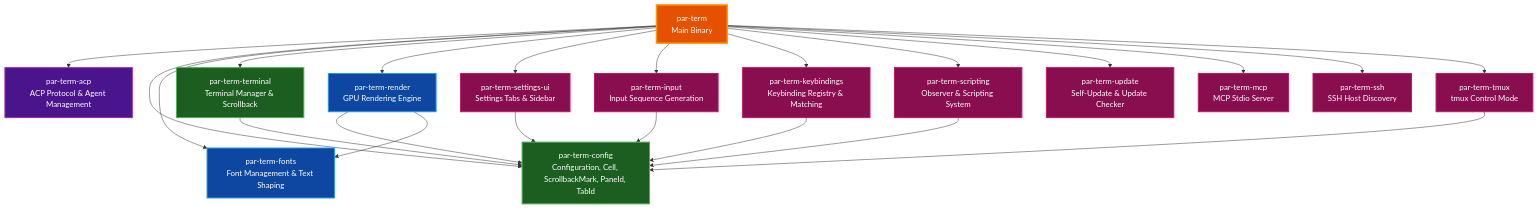
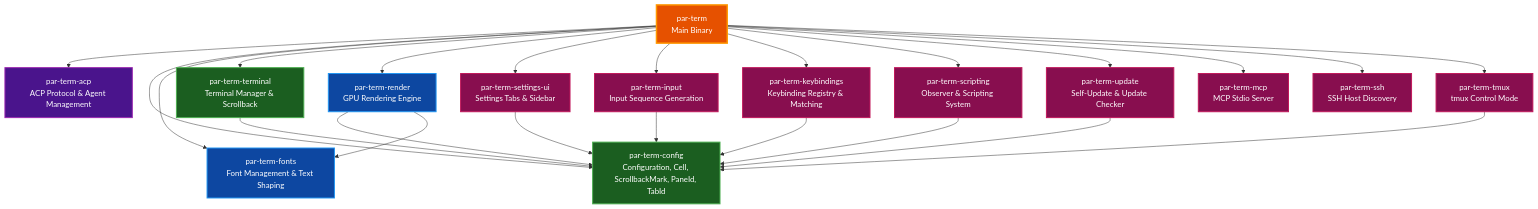
One commit to paulrobello/par-term changed the second of 7 diagrams in docs/architecture/ARCHITECTURE.md. Above: the diagram before and after it, drawn with Mermaid. The commit also changed other lines of this file and 39 other files, not shown here.

````diff
--- a/docs/architecture/ARCHITECTURE.md
+++ b/docs/architecture/ARCHITECTURE.md
@@ -141,55 +141,56 @@
 ```mermaid
 graph TD
     Main[par-term<br>Main Binary]
     ACP[par-term-acp<br>ACP Protocol & Agent Management]
     Config[par-term-config<br>Configuration, Cell, ScrollbackMark, PaneId, TabId]
     Fonts[par-term-fonts<br>Font Management & Text Shaping]
     Terminal[par-term-terminal<br>Terminal Manager & Scrollback]
     Render[par-term-render<br>GPU Rendering Engine]
     Settings[par-term-settings-ui<br>Settings Tabs & Sidebar]
     Input[par-term-input<br>Input Sequence Generation]
     Keybind[par-term-keybindings<br>Keybinding Registry & Matching]
     Scripting[par-term-scripting<br>Observer & Scripting System]
     Update[par-term-update<br>Self-Update & Update Checker]
     MCP[par-term-mcp<br>MCP Stdio Server]
     SSH[par-term-ssh<br>SSH Host Discovery]
     Tmux[par-term-tmux<br>tmux Control Mode]
 
     Main --> ACP
     Main --> Config
     Main --> Fonts
     Main --> Terminal
     Main --> Render
     Main --> Settings
     Main --> Input
     Main --> Keybind
     Main --> Scripting
     Main --> Update
     Main --> MCP
     Main --> SSH
     Main --> Tmux
 
     Terminal --> Config
     Render --> Config
     Render --> Fonts
     Settings --> Config
     Input --> Config
     Keybind --> Config
     Scripting --> Config
     Tmux --> Config
+    Update --> Config
 
     style Main fill:#e65100,stroke:#ff9800,stroke-width:3px,color:#ffffff
     style ACP fill:#4a148c,stroke:#9c27b0,stroke-width:2px,color:#ffffff
     style Config fill:#1b5e20,stroke:#4caf50,stroke-width:2px,color:#ffffff
     style Fonts fill:#0d47a1,stroke:#2196f3,stroke-width:2px,color:#ffffff
     style Terminal fill:#1b5e20,stroke:#4caf50,stroke-width:2px,color:#ffffff
     style Render fill:#0d47a1,stroke:#2196f3,stroke-width:2px,color:#ffffff
     style Settings fill:#880e4f,stroke:#c2185b,stroke-width:2px,color:#ffffff
     style Input fill:#880e4f,stroke:#c2185b,stroke-width:2px,color:#ffffff
     style Keybind fill:#880e4f,stroke:#c2185b,stroke-width:2px,color:#ffffff
     style Scripting fill:#880e4f,stroke:#c2185b,stroke-width:2px,color:#ffffff
     style Update fill:#880e4f,stroke:#c2185b,stroke-width:2px,color:#ffffff
     style MCP fill:#880e4f,stroke:#c2185b,stroke-width:2px,color:#ffffff
     style SSH fill:#880e4f,stroke:#c2185b,stroke-width:2px,color:#ffffff
     style Tmux fill:#880e4f,stroke:#c2185b,stroke-width:2px,color:#ffffff
 ```
````
